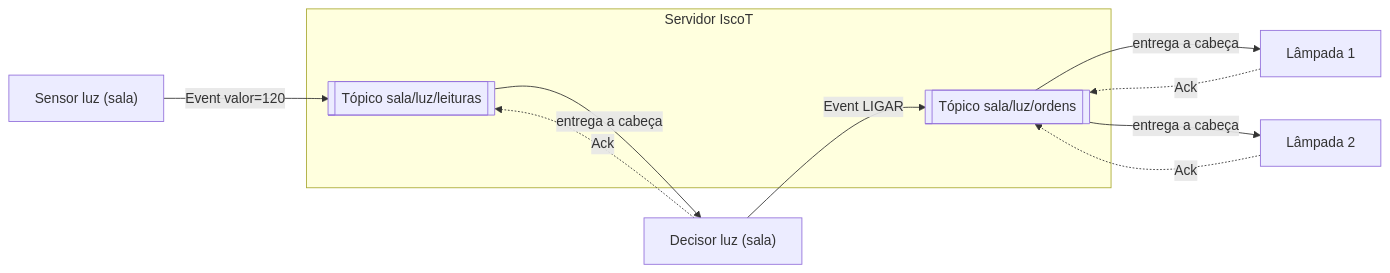
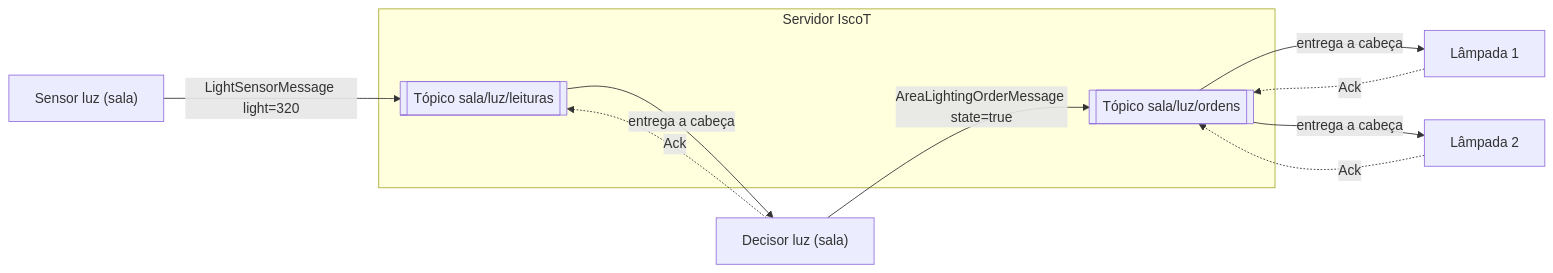
The first of 4 diagrams in docs/02-arquitetura.md (FredsonMu/IscoT-pcd), drawn with Mermaid before and after one commit. The commit also changed other lines of this file and 39 other files, not shown here.

````diff
--- a/docs/02-arquitetura.md
+++ b/docs/02-arquitetura.md
@@ -7,15 +7,15 @@
 ```mermaid
 flowchart LR
-  S["Sensor luz (sala)"] -- "Event valor=120" --> T1
+  S["Sensor luz (sala)"] -- "LightSensorMessage light=320" --> T1
   subgraph Servidor IscoT
     T1[["Tópico sala/luz/leituras"]]
     T2[["Tópico sala/luz/ordens"]]
   end
   T1 -- entrega a cabeça --> D["Decisor luz (sala)"]
-  D -- "Event LIGAR" --> T2
+  D -- "AreaLightingOrderMessage state=true" --> T2
   T2 -- entrega a cabeça --> L1["Lâmpada 1"]
   T2 -- entrega a cabeça --> L2["Lâmpada 2"]
   L1 -. Ack .-> T2
   L2 -. Ack .-> T2
   D -. Ack .-> T1
 ```
````
